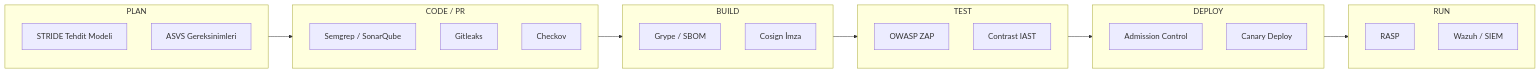
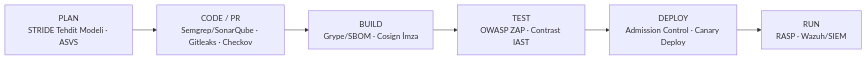
Before and after one commit to yusufarbc/Siber-Guvenlik-Rehberi: the diagram in src/content/docs/10-uygulama-guvenligi/01-sdlc-ve-devsecops.md, drawn with Mermaid. The commit also changed 13 other files, not shown here.

First line of the commit message:
Mermaid diyagramlarındaki yapısal sorunları düzelt, kalabalık olanları sadeleştir

````diff
--- a/src/content/docs/10-uygulama-guvenligi/01-sdlc-ve-devsecops.md
+++ b/src/content/docs/10-uygulama-guvenligi/01-sdlc-ve-devsecops.md
@@ -258,29 +258,10 @@
 ```mermaid
 flowchart LR
-    subgraph Plan["PLAN"]
-        TM["STRIDE Tehdit Modeli"]
-        ASVS["ASVS Gereksinimleri"]
-    end
-    subgraph Code["CODE / PR"]
-        SAST["Semgrep / SonarQube"]
-        Secret["Gitleaks"]
-        IaC["Checkov"]
-    end
-    subgraph Build["BUILD"]
-        SCA["Grype / SBOM"]
-        Sign["Cosign İmza"]
-    end
-    subgraph Test["TEST"]
-        DAST["OWASP ZAP"]
-        IAST["Contrast IAST"]
-    end
-    subgraph Deploy["DEPLOY"]
-        Kyverno["Admission Control"]
-        Canary["Canary Deploy"]
-    end
-    subgraph Run["RUN"]
-        RASP["RASP"]
-        SIEM["Wazuh / SIEM"]
-    end
+    Plan["PLAN<br/>STRIDE Tehdit Modeli · ASVS"]
+    Code["CODE / PR<br/>Semgrep/SonarQube · Gitleaks · Checkov"]
+    Build["BUILD<br/>Grype/SBOM · Cosign İmza"]
+    Test["TEST<br/>OWASP ZAP · Contrast IAST"]
+    Deploy["DEPLOY<br/>Admission Control · Canary Deploy"]
+    Run["RUN<br/>RASP · Wazuh/SIEM"]
     Plan --> Code --> Build --> Test --> Deploy --> Run
 ```
````
